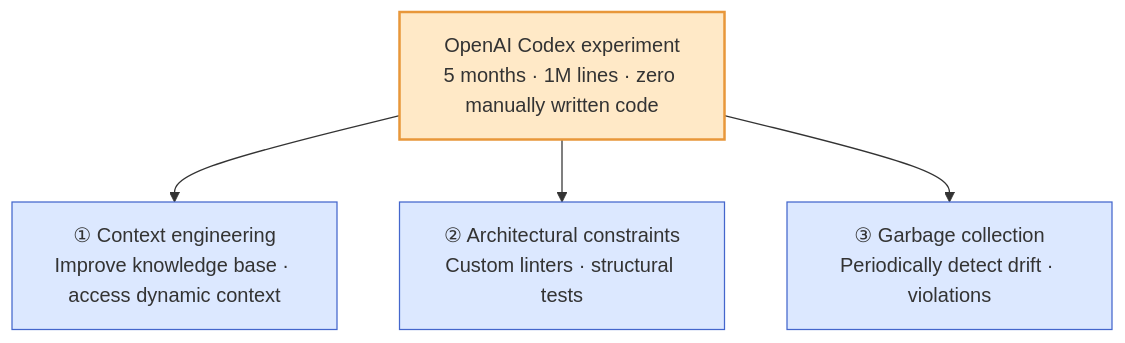
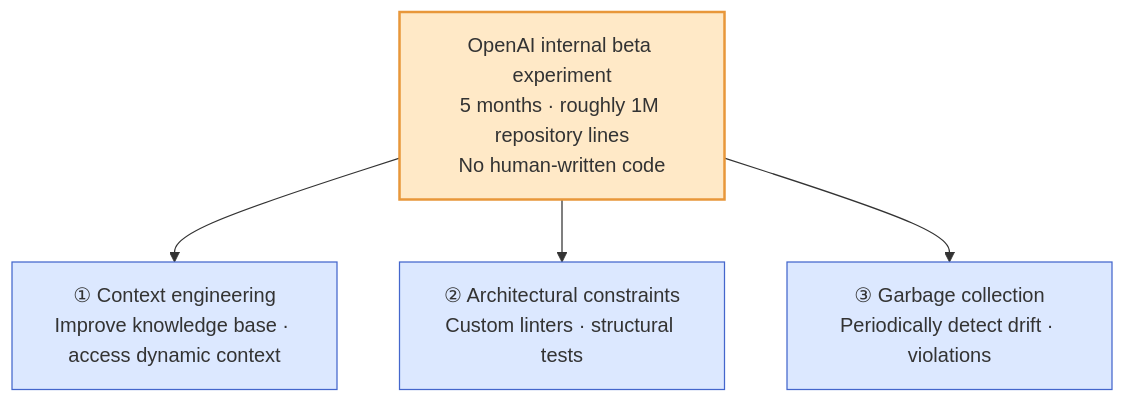
The seventh of 9 diagrams in _en/2026-03-15-harness-engineering-beyond-context-engineering.md (haandol/haandol.github.com), drawn with Mermaid before and after one commit. The commit also changed other lines of this file and 36 other files, not shown here.

````diff
--- a/_en/2026-03-15-harness-engineering-beyond-context-engineering.md
+++ b/_en/2026-03-15-harness-engineering-beyond-context-engineering.md
@@ -285,11 +279,11 @@
 ```mermaid
 flowchart TB
-    OAI["OpenAI Codex experiment<br/>5 months · 1M lines · zero manually written code"]
+    OAI["OpenAI internal beta experiment<br/>5 months · roughly 1M repository lines<br/>No human-written code"]
     OAI --> C1["① Context engineering<br/>Improve knowledge base · access dynamic context"]
     OAI --> C2["② Architectural constraints<br/>Custom linters · structural tests"]
     OAI --> C3["③ Garbage collection<br/>Periodically detect drift · violations"]
     classDef root fill:#ffe9c7,stroke:#e8973a,stroke-width:2px;
     classDef comp fill:#dce8ff,stroke:#46c;
     class OAI root;
     class C1,C2,C3 comp;
 ```
````
